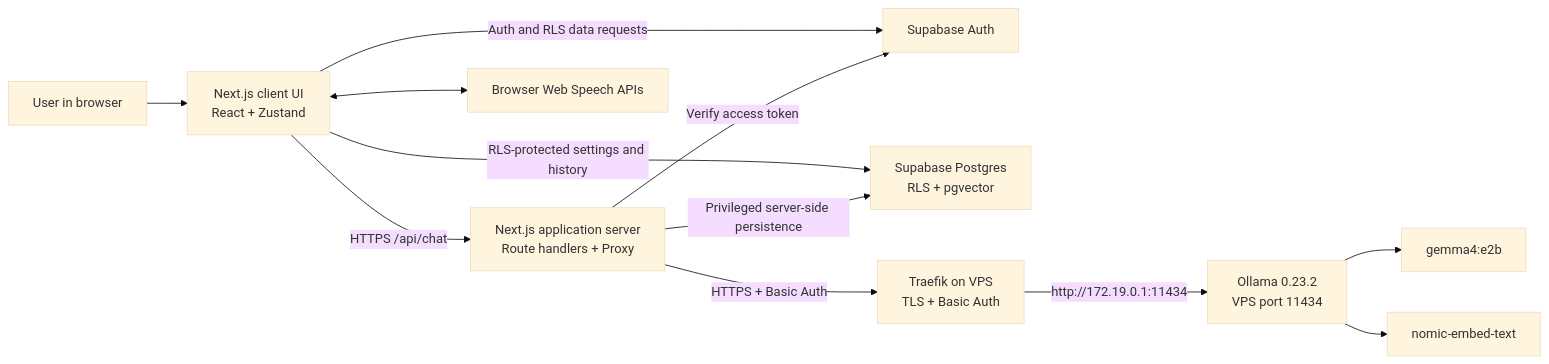
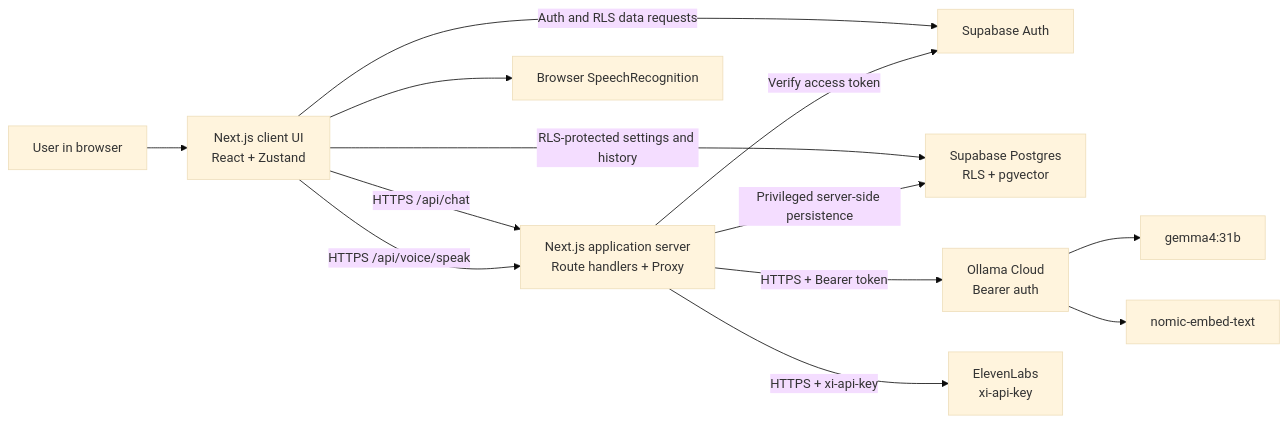
Before and after one commit to mardan-shah/voice-app: the first of 9 diagrams in ARCHITECTURE.md, drawn with Mermaid (base theme). The commit also changed other lines of this file and 22 other files, not shown here.

````diff
--- a/ARCHITECTURE.md
+++ b/ARCHITECTURE.md
@@ -64,25 +67,26 @@
 ```mermaid
 flowchart LR
     User["User in browser"]
     Browser["Next.js client UI<br/>React + Zustand"]
     Next["Next.js application server<br/>Route handlers + Proxy"]
     SupabaseAuth["Supabase Auth"]
     SupabaseDB["Supabase Postgres<br/>RLS + pgvector"]
-    Traefik["Traefik on VPS<br/>TLS + Basic Auth"]
-    Ollama["Ollama 0.23.2<br/>VPS port 11434"]
-    Gemma["gemma4:e2b"]
+    Ollama["Ollama Cloud<br/>Bearer auth"]
+    Eleven["ElevenLabs<br/>xi-api-key"]
+    Gemma["gemma4:31b"]
     Embed["nomic-embed-text"]
-    Speech["Browser Web Speech APIs"]
+    Speech["Browser SpeechRecognition"]
 
     User --> Browser
-    Browser <--> Speech
+    Browser --> Speech
     Browser -->|"HTTPS /api/chat"| Next
+    Browser -->|"HTTPS /api/voice/speak"| Next
     Browser -->|"Auth and RLS data requests"| SupabaseAuth
     Browser -->|"RLS-protected settings and history"| SupabaseDB
     Next -->|"Verify access token"| SupabaseAuth
     Next -->|"Privileged server-side persistence"| SupabaseDB
-    Next -->|"HTTPS + Basic Auth"| Traefik
-    Traefik -->|"http://172.19.0.1:11434"| Ollama
+    Next -->|"HTTPS + Bearer token"| Ollama
+    Next -->|"HTTPS + xi-api-key"| Eleven
     Ollama --> Gemma
     Ollama --> Embed
 ```
````
